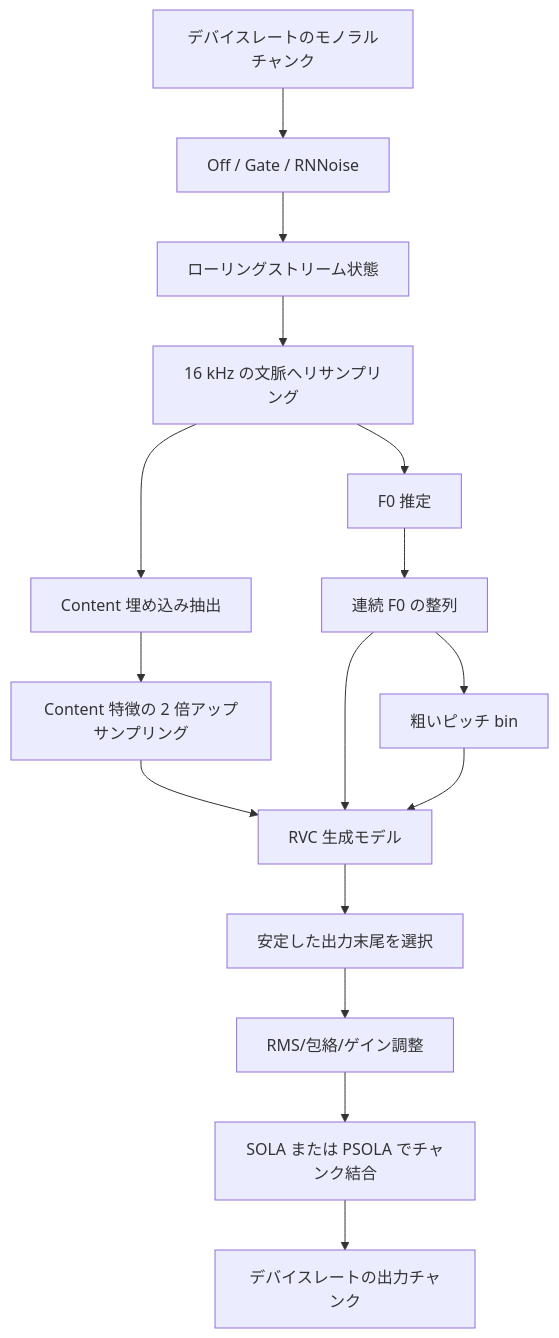
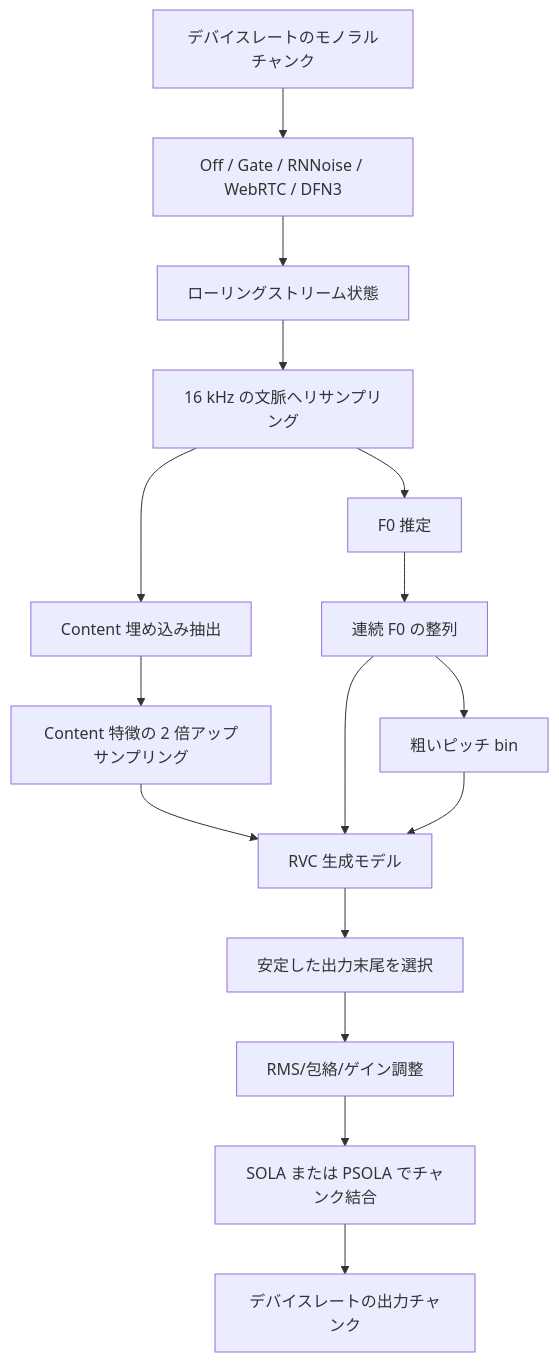
The second of 2 diagrams in docs/architecture_ja.md (ImWuMie/vc-rs), drawn with Mermaid before and after one commit. The commit also changed other lines of this file and 49 other files, not shown here.

````diff
--- a/docs/architecture_ja.md
+++ b/docs/architecture_ja.md
@@ -88,18 +88,18 @@
 ```mermaid
 flowchart TD
-    input["デバイスレートのモノラルチャンク"] --> denoise["Off / Gate / RNNoise"]
+    input["デバイスレートのモノラルチャンク"] --> denoise["Off / Gate / RNNoise / WebRTC / DFN3"]
     denoise --> state["ローリングストリーム状態"]
     state --> resample["16 kHz の文脈へリサンプリング"]
     resample --> embed["Content 埋め込み抽出"]
     resample --> f0["F0 推定"]
     embed --> feats["Content 特徴の 2 倍アップサンプリング"]
     f0 --> pitchf["連続 F0 の整列"]
     pitchf --> coarse["粗いピッチ bin"]
     feats --> rvc["RVC 生成モデル"]
     pitchf --> rvc
     coarse --> rvc
     rvc --> tail["安定した出力末尾を選択"]
     tail --> level["RMS/包絡/ゲイン調整"]
     level --> join["SOLA または PSOLA でチャンク結合"]
     join --> device["デバイスレートの出力チャンク"]
 ```
````
